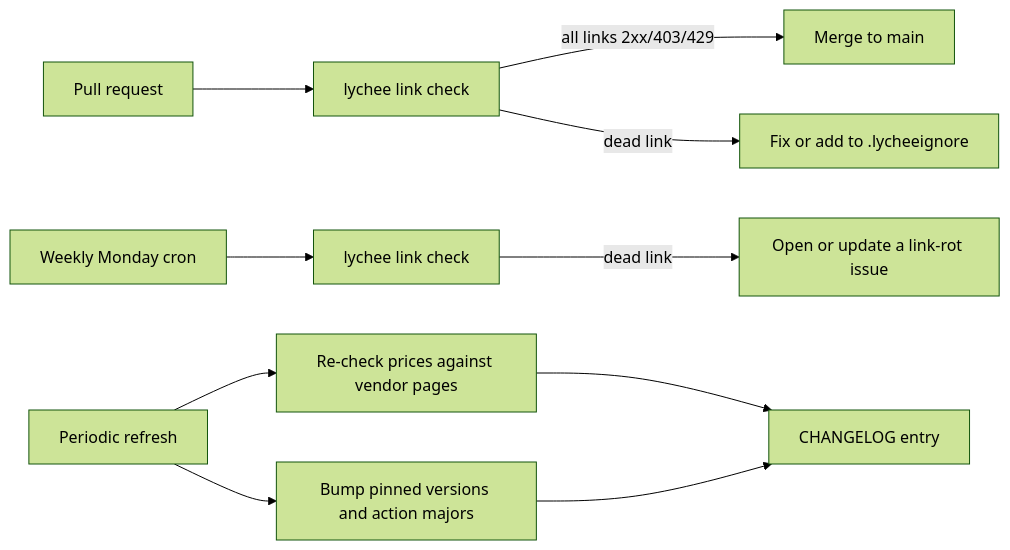
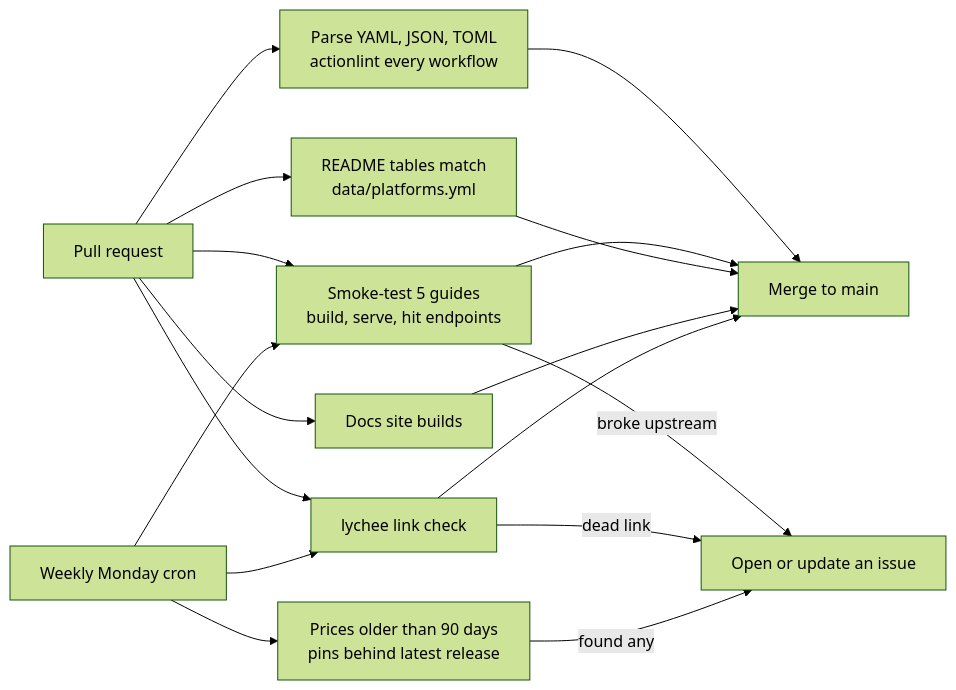
One commit to Sagargupta16/deploy-guide changed the second of 2 diagrams in README.md. Above: the diagram before and after it, drawn with Mermaid (forest theme). The commit also changed other lines of this file and 45 other files, not shown here.

First line of the commit message:
feat: smoke-test guides in ci, data-driven pricing tables, and a vitepress docs site (#53)

````diff
--- a/README.md
+++ b/README.md
@@ -165,12 +190,15 @@
 ```mermaid
 flowchart LR
-    PR[Pull request] --> LC[lychee link check]
-    LC -->|all links 2xx/403/429| Merge[Merge to main]
-    LC -->|dead link| Fix[Fix or add to .lycheeignore]
-    Cron[Weekly Monday cron] --> LC2[lychee link check]
-    LC2 -->|dead link| Issue[Open or update a link-rot issue]
-    Refresh[Periodic refresh] --> Prices[Re-check prices against vendor pages]
-    Refresh --> Pins[Bump pinned versions and action majors]
-    Prices --> Changelog[CHANGELOG entry]
-    Pins --> Changelog
+    PR[Pull request] --> Snip[Parse YAML, JSON, TOML<br/>actionlint every workflow]
+    PR --> Smoke[Smoke-test 5 guides<br/>build, serve, hit endpoints]
+    PR --> Tables[README tables match<br/>data/platforms.yml]
+    PR --> Site[Docs site builds]
+    PR --> LC[lychee link check]
+    Snip & Smoke & Tables & Site & LC --> Merge[Merge to main]
+    Cron[Weekly Monday cron] --> Smoke
+    Cron --> LC
+    Cron --> Fresh[Prices older than 90 days<br/>pins behind latest release]
+    Smoke -->|broke upstream| Issue[Open or update an issue]
+    LC -->|dead link| Issue
+    Fresh -->|found any| Issue
 ```
````
